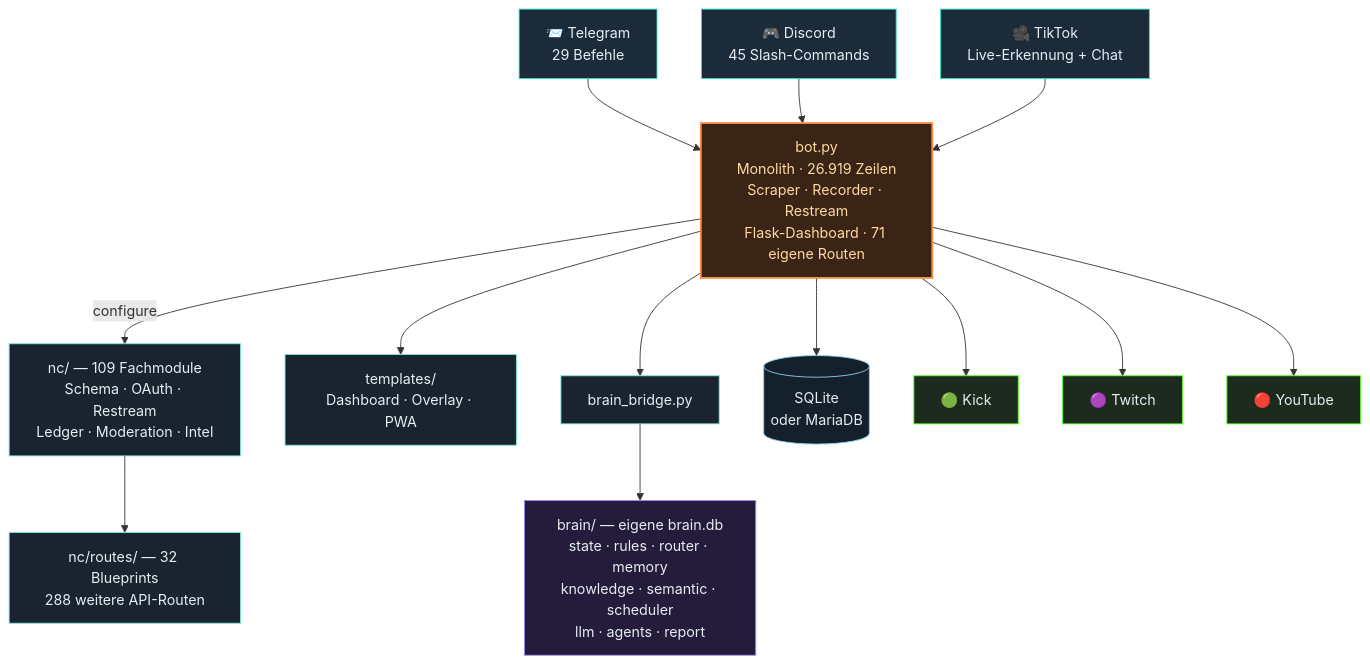
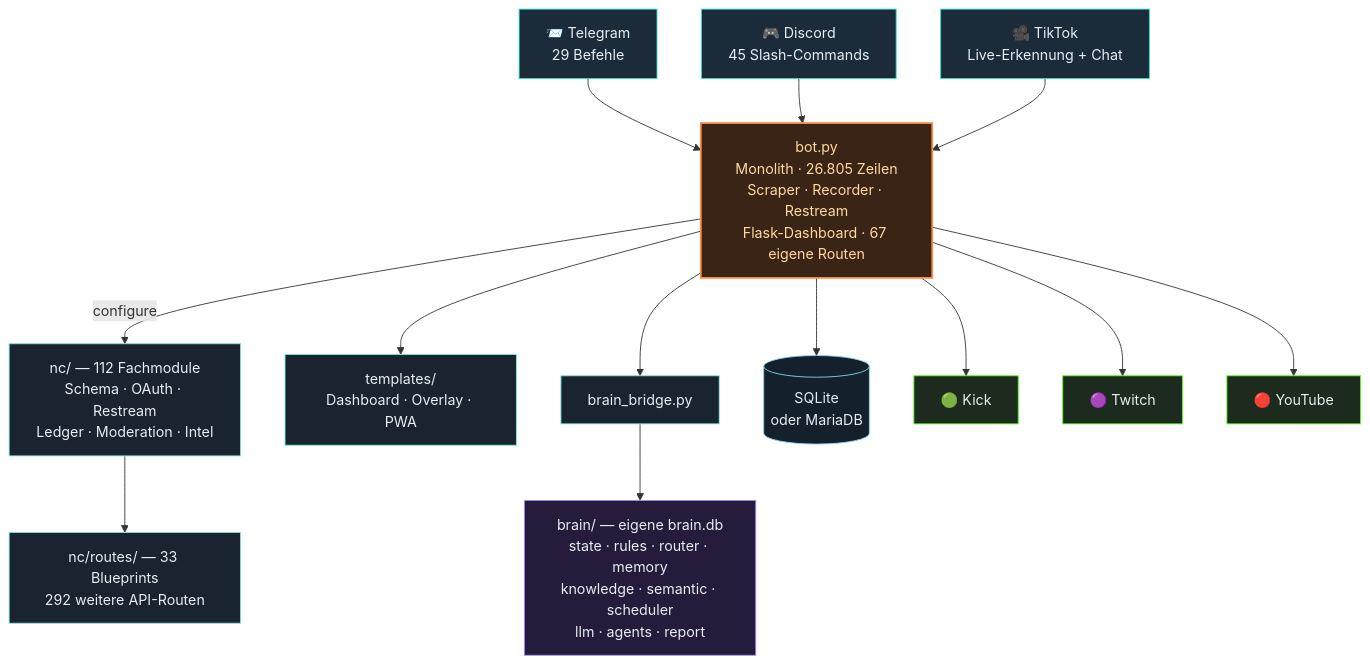
The third of 4 diagrams in README.md (itsamemedev/Telegram-Stream-Info-Bot), drawn with Mermaid before and after one commit. The commit also changed other lines of this file and 13 other files, not shown here.

````diff
--- a/README.md
+++ b/README.md
@@ -189,30 +189,30 @@
 ```mermaid
 flowchart TB
     TG["📨 Telegram<br/>29 Befehle"]:::ein
     DC["🎮 Discord<br/>45 Slash-Commands"]:::ein
     TT["🎥 TikTok<br/>Live-Erkennung + Chat"]:::ein
 
     TG --> BOT
     DC --> BOT
     TT --> BOT
 
-    BOT["bot.py<br/>Monolith · 26.919 Zeilen<br/>Scraper · Recorder · Restream<br/>Flask-Dashboard · 71 eigene Routen"]:::core
+    BOT["bot.py<br/>Monolith · 26.805 Zeilen<br/>Scraper · Recorder · Restream<br/>Flask-Dashboard · 67 eigene Routen"]:::core
 
-    BOT -->|configure| NC["nc/ — 109 Fachmodule<br/>Schema · OAuth · Restream<br/>Ledger · Moderation · Intel"]:::lib
-    NC --> RT["nc/routes/ — 32 Blueprints<br/>288 weitere API-Routen"]:::lib
+    BOT -->|configure| NC["nc/ — 112 Fachmodule<br/>Schema · OAuth · Restream<br/>Ledger · Moderation · Intel"]:::lib
+    NC --> RT["nc/routes/ — 33 Blueprints<br/>292 weitere API-Routen"]:::lib
     BOT --> TPL["templates/<br/>Dashboard · Overlay · PWA"]:::lib
     BOT --> BR["brain_bridge.py"]:::lib
     BR --> BRAIN["brain/ — eigene brain.db<br/>state · rules · router · memory<br/>knowledge · semantic · scheduler<br/>llm · agents · report"]:::brain
     BOT --> DB[("SQLite<br/>oder MariaDB")]:::db
 
     BOT --> KICK["🟢 Kick"]:::out
     BOT --> TW["🟣 Twitch"]:::out
     BOT --> YT["🔴 YouTube"]:::out
 
     classDef ein fill:#1c2b3a,stroke:#2de1c2,color:#e6edf3
     classDef core fill:#3a2415,stroke:#ff8c42,stroke-width:2px,color:#ffd9a0
     classDef lib fill:#1a2430,stroke:#7fe7d4,color:#e6edf3
     classDef brain fill:#241c3a,stroke:#a78bfa,color:#e6edf3
     classDef db fill:#14202c,stroke:#8fd3f4,color:#e6edf3
     classDef out fill:#1c2b1e,stroke:#53fc18,color:#e6edf3
 ```
````
